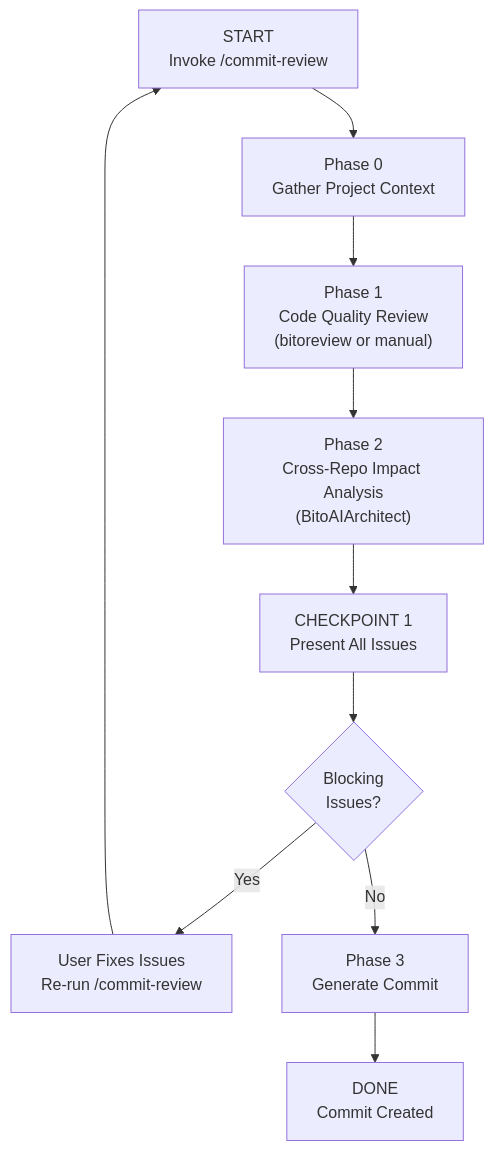
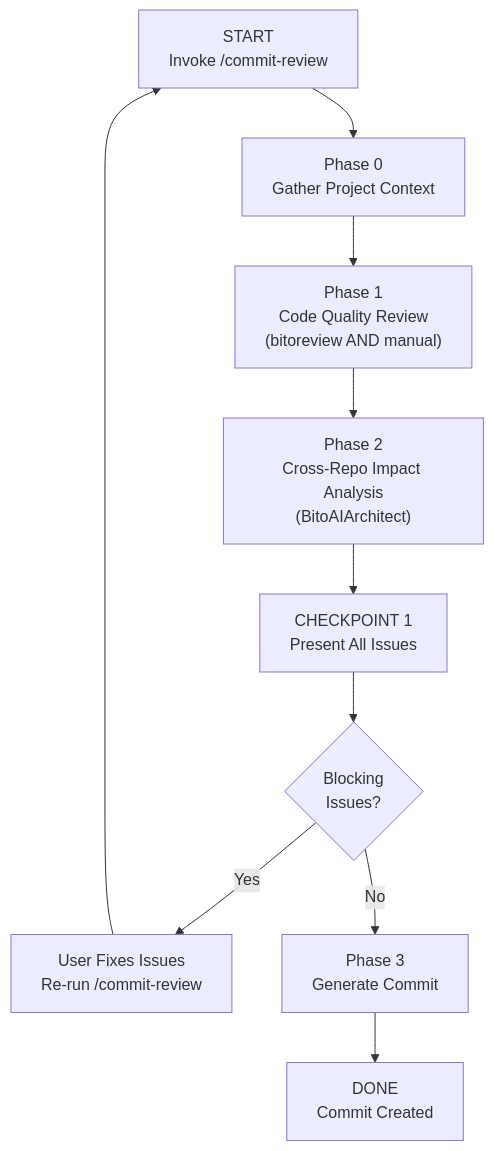
The diagram in plugins/bito-ai-architect/skills/commit-review/SKILL.md (gitbito/claude-plugins), drawn with Mermaid before and after one commit. The commit also changed other lines of this file and 2 other files, not shown here.

First line of the commit message:
Update commit-review skill behavior

````diff
--- a/plugins/bito-ai-architect/skills/commit-review/SKILL.md
+++ b/plugins/bito-ai-architect/skills/commit-review/SKILL.md
@@ -47,22 +65,22 @@
 ```mermaid
 flowchart TB
 start["START\nInvoke /commit-review"]
 phase0["Phase 0\nGather Project Context"]
-phase1["Phase 1\nCode Quality Review\n(bitoreview or manual)"]
+phase1["Phase 1\nCode Quality Review\n(bitoreview AND manual)"]
 phase2["Phase 2\nCross-Repo Impact Analysis\n(BitoAIArchitect)"]
 checkpoint1["CHECKPOINT 1\nPresent All Issues"]
 decision{"Blocking\nIssues?"}
 fix["User Fixes Issues\nRe-run /commit-review"]
 phase3["Phase 3\nGenerate Commit"]
 done["DONE\nCommit Created"]
 
 start --> phase0
 phase0 --> phase1
 phase1 --> phase2
 phase2 --> checkpoint1
 checkpoint1 --> decision
 decision -->|Yes| fix
 decision -->|No| phase3
 fix --> start
 phase3 --> done
 ```
````
